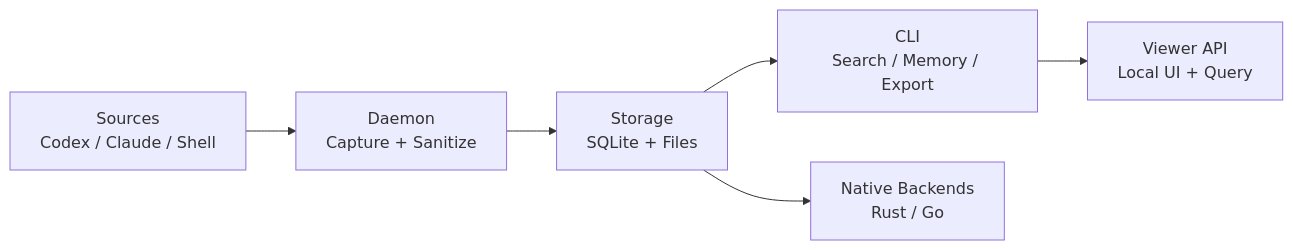
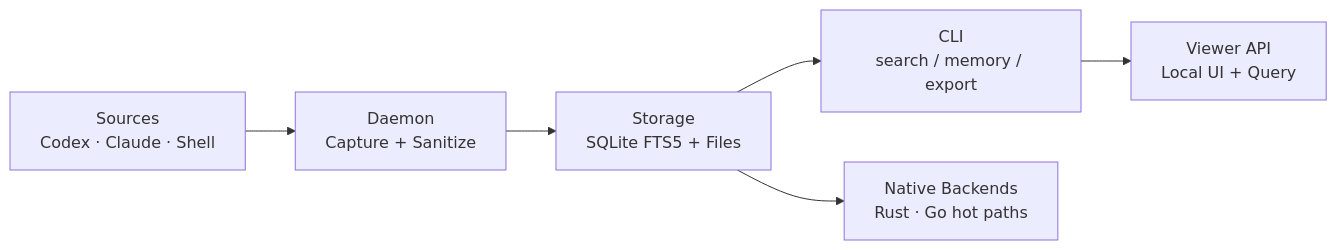
Before and after one commit to dunova/context-mesh-foundry: the first of 2 diagrams in README.md, drawn with Mermaid. The commit also changed other lines of this file and 20 other files, not shown here.

````diff
--- a/README.md
+++ b/README.md
@@ -62,8 +57,8 @@
 ```mermaid
 flowchart LR
-    A["Sources\nCodex / Claude / Shell"] --> B["Daemon\nCapture + Sanitize"]
-    B --> C["Storage\nSQLite + Files"]
-    C --> D["CLI\nSearch / Memory / Export"]
+    A["Sources\nCodex · Claude · Shell"] --> B["Daemon\nCapture + Sanitize"]
+    B --> C["Storage\nSQLite FTS5 + Files"]
+    C --> D["CLI\nsearch / memory / export"]
+    C --> F["Native Backends\nRust · Go hot paths"]
     D --> E["Viewer API\nLocal UI + Query"]
-    C --> F["Native Backends\nRust / Go"]
 ```
````
